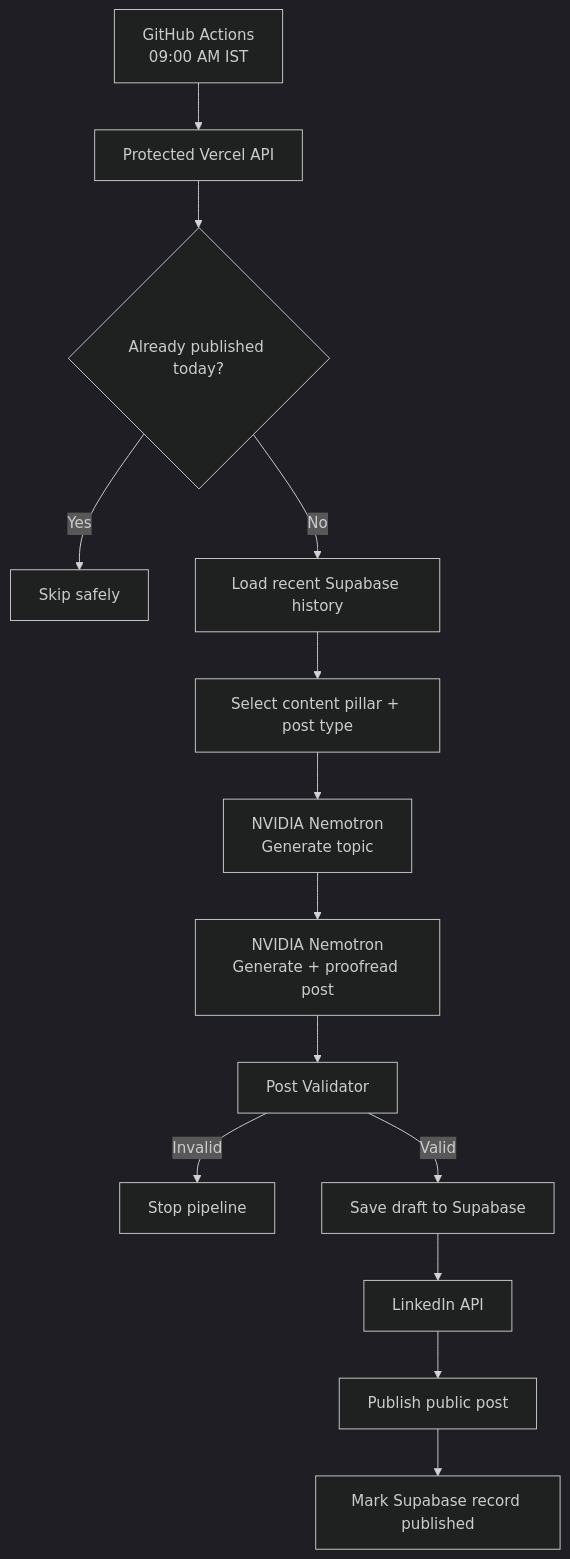
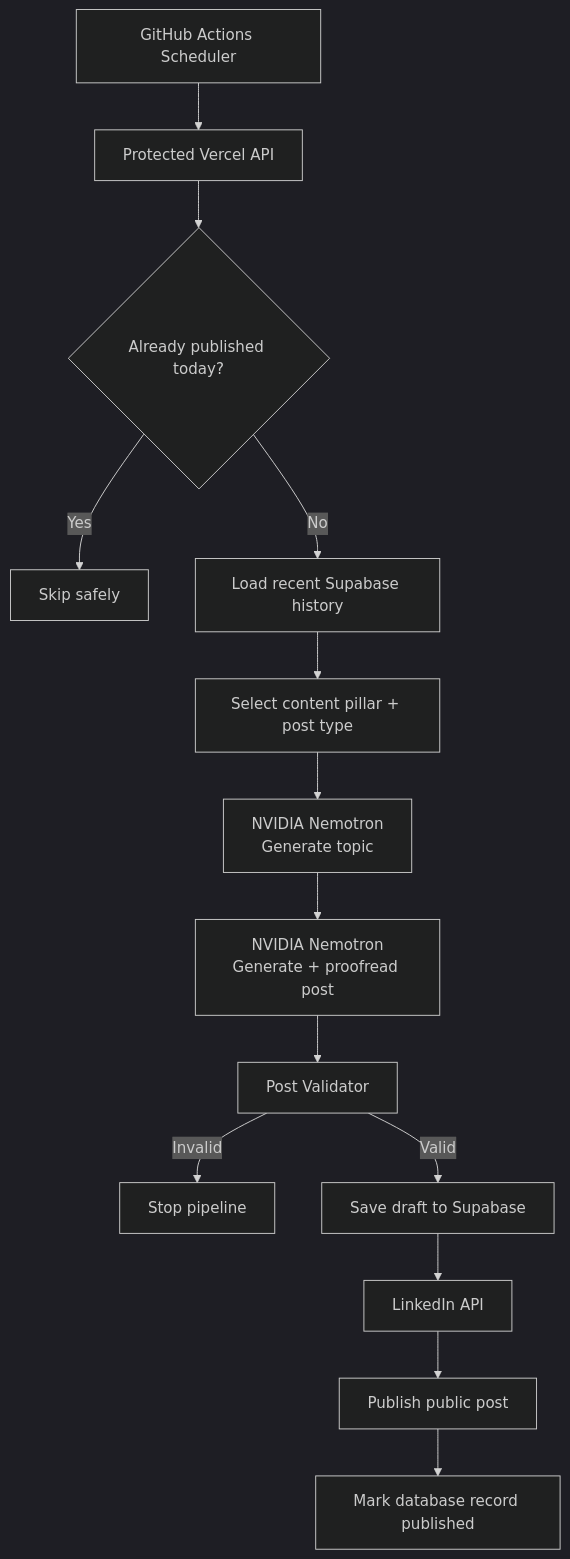
One commit to Sudip-C/Postpilot changed the diagram in README.md. Above: the diagram before and after it, drawn with Mermaid (dark theme). The commit also changed other lines of this file, not shown here.

````diff
--- a/README.md
+++ b/README.md
@@ -43,16 +50,16 @@
 ```mermaid
 flowchart TD
-    A[GitHub Actions\n09:00 AM IST] --> B[Protected Vercel API]
+    A[GitHub Actions Scheduler] --> B[Protected Vercel API]
     B --> C{Already published today?}
     C -->|Yes| D[Skip safely]
     C -->|No| E[Load recent Supabase history]
     E --> F[Select content pillar + post type]
     F --> G[NVIDIA Nemotron\nGenerate topic]
     G --> H[NVIDIA Nemotron\nGenerate + proofread post]
     H --> I[Post Validator]
     I -->|Invalid| J[Stop pipeline]
     I -->|Valid| K[Save draft to Supabase]
     K --> L[LinkedIn API]
     L --> M[Publish public post]
-    M --> N[Mark Supabase record published]
+    M --> N[Mark database record published]
 ```
````
